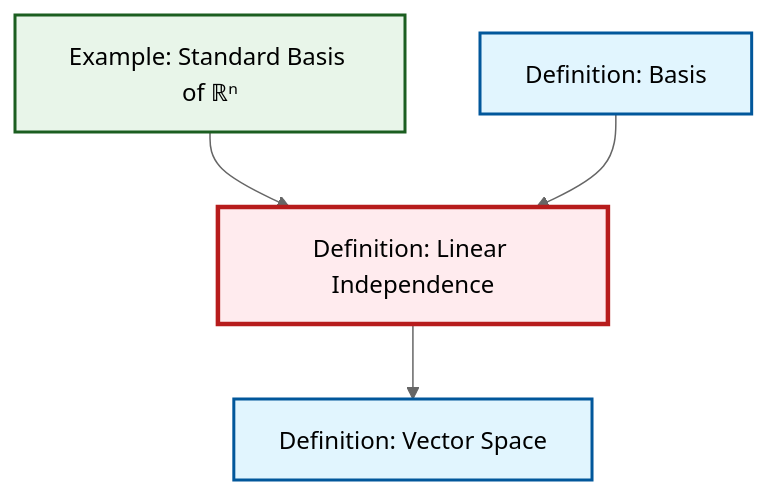
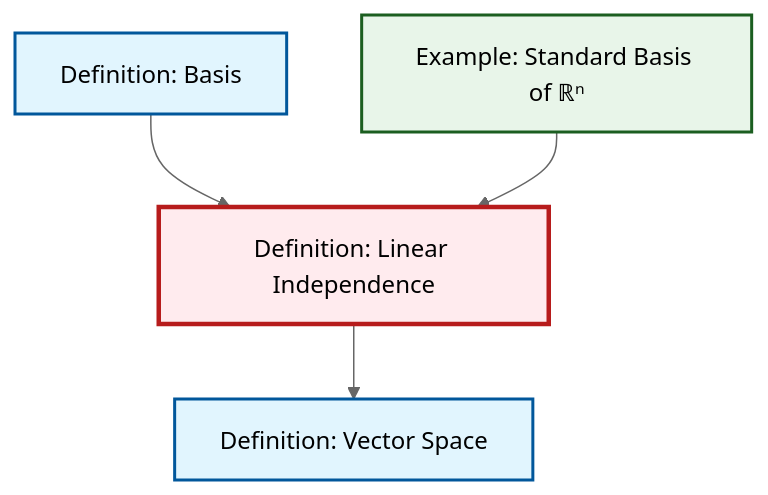
One commit to RK0429/ModernMath changed the diagram in content/en/algebra/def-linear-independence.qmd. Above: the diagram before and after it, drawn with Mermaid (neutral theme). The commit also changed other lines of this file and 328 other files, not shown here.

````diff
--- a/content/en/algebra/def-linear-independence.qmd
+++ b/content/en/algebra/def-linear-independence.qmd
@@ -45,20 +45,20 @@
 ```{mermaid}
 %%| fig-cap: "Local dependency graph"
 graph TD
     classDef definition fill:#e1f5fe,stroke:#01579b,stroke-width:2px
     classDef theorem fill:#f3e5f5,stroke:#4a148c,stroke-width:2px
     classDef axiom fill:#fff3e0,stroke:#e65100,stroke-width:2px
     classDef example fill:#e8f5e9,stroke:#1b5e20,stroke-width:2px
     classDef current fill:#ffebee,stroke:#b71c1c,stroke-width:3px
+    def-linear-independence["Definition: Linear Independence"]:::definition
     ex-standard-basis-rn["Example: Standard Basis of ℝⁿ"]:::example
-    def-linear-independence["Definition: Linear Independence"]:::definition
+    def-basis["Definition: Basis"]:::definition
     def-vector-space["Definition: Vector Space"]:::definition
-    def-basis["Definition: Basis"]:::definition
+    def-basis --> def-linear-independence
     ex-standard-basis-rn --> def-linear-independence
-    def-basis --> def-linear-independence
     def-linear-independence --> def-vector-space
     class def-linear-independence current
     click ex-standard-basis-rn "ex-standard-basis-rn.html" "Go to Standard Basis of ℝⁿ example"
+    click def-basis "def-basis.html" "Go to Basis definition"
     click def-vector-space "def-vector-space.html" "Go to Vector Space definition"
-    click def-basis "def-basis.html" "Go to Basis definition"
 ```
````
